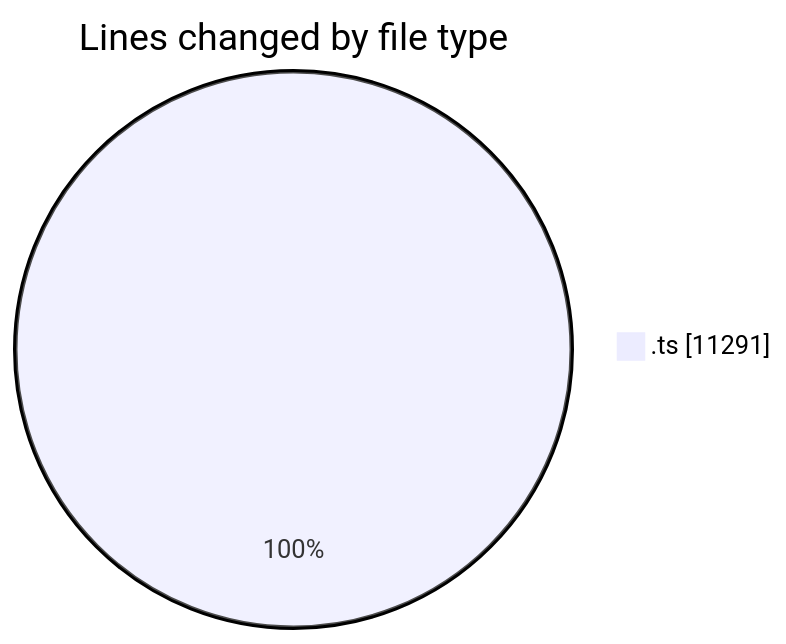
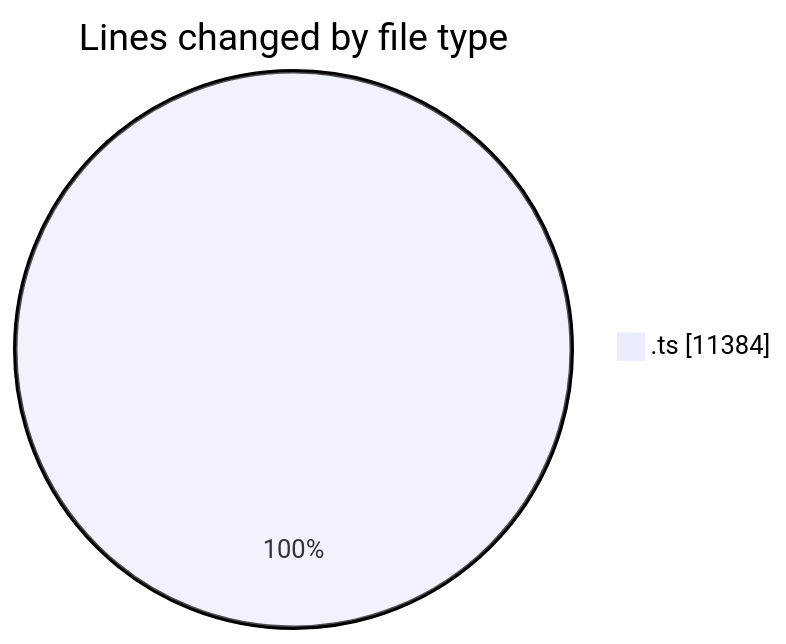
Before and after one commit to momahboobian/code-tracking: the first of 2 diagrams in 2025-09-09/cda/README.md, drawn with Mermaid. The commit also changed other lines of this file and 1 other file, not shown here.

````diff
--- a/2025-09-09/cda/README.md
+++ b/2025-09-09/cda/README.md
@@ -23,5 +24,5 @@
 ```mermaid
 pie showData
 title Lines changed by file type
-".ts" : 11291
+".ts" : 11384
 ```
````
